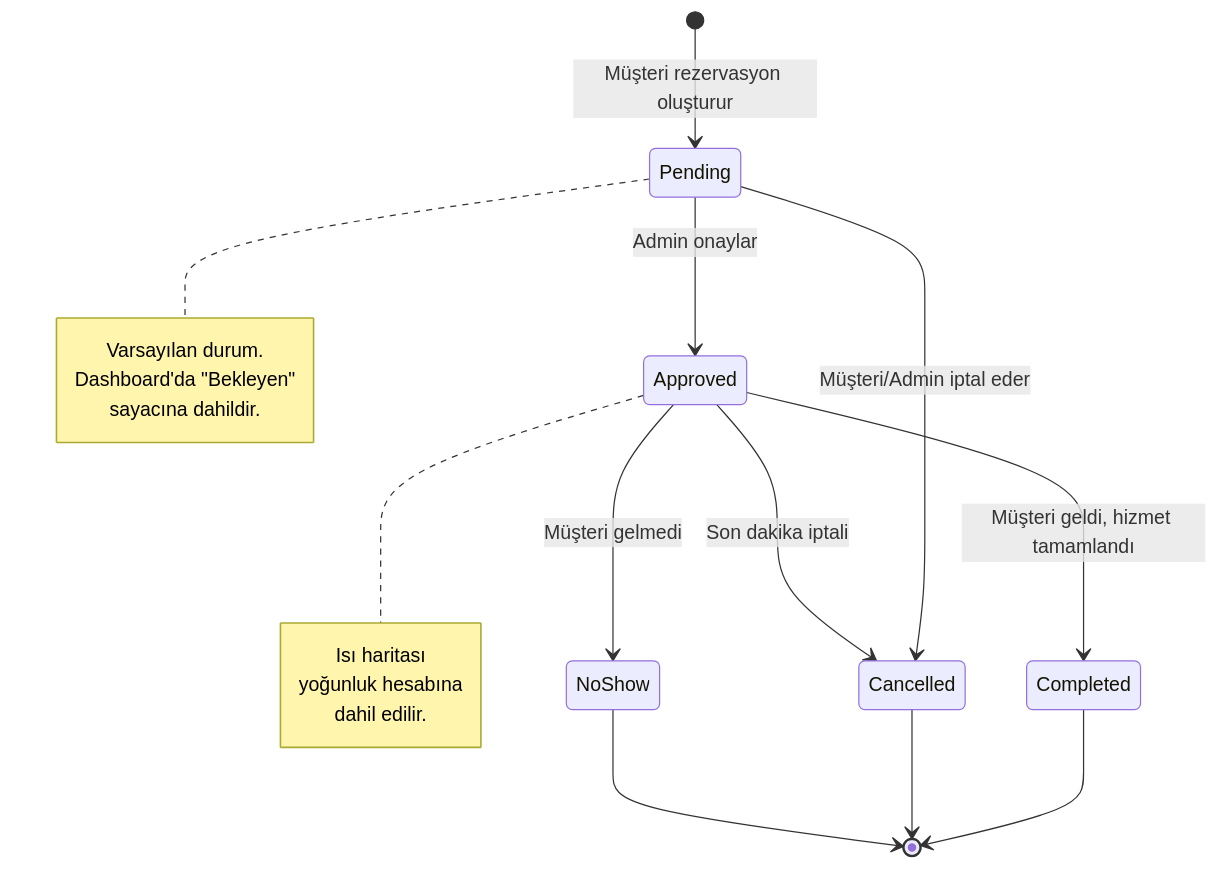
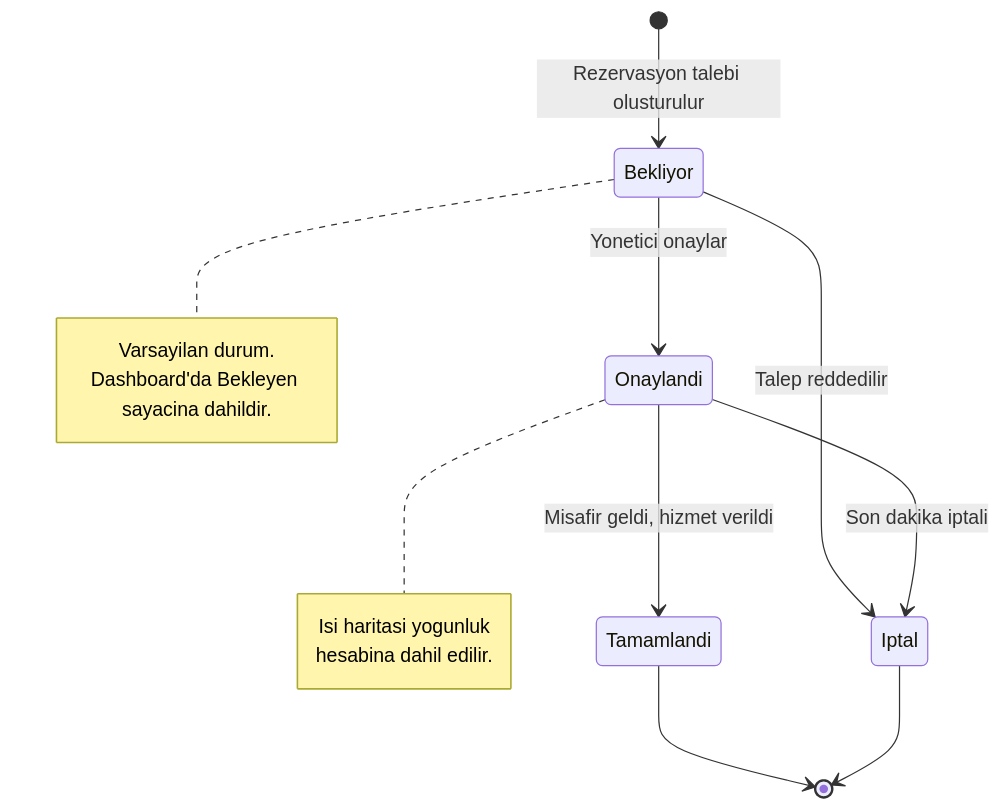
One commit to yelda-batti0/DinaRestaurant-PostgreSQL changed the ninth of 10 diagrams in README.md. Above: the diagram before and after it, drawn with Mermaid. The commit also changed other lines of this file, not shown here.

````diff
--- a/README.md
+++ b/README.md
@@ -701,27 +636,23 @@
 ```mermaid
 stateDiagram-v2
-    [*] --> Pending : Müşteri rezervasyon oluşturur
+    [*] --> Bekliyor : Rezervasyon talebi olusturulur
 
-    Pending --> Approved : Admin onaylar
-    Pending --> Cancelled : Müşteri/Admin iptal eder
+    Bekliyor --> Onaylandi : Yonetici onaylar
+    Bekliyor --> Iptal : Talep reddedilir
 
-    Approved --> Completed : Müşteri geldi, hizmet tamamlandı
-    Approved --> NoShow : Müşteri gelmedi
-    Approved --> Cancelled : Son dakika iptali
+    Onaylandi --> Tamamlandi : Misafir geldi, hizmet verildi
+    Onaylandi --> Iptal : Son dakika iptali
 
-    Completed --> [*]
-    Cancelled --> [*]
-    NoShow --> [*]
+    Tamamlandi --> [*]
+    Iptal --> [*]
 
-    note right of Pending
-        Varsayılan durum.
-        Dashboard'da "Bekleyen"
-        sayacına dahildir.
+    note right of Bekliyor
+        Varsayilan durum.
+        Dashboard'da Bekleyen sayacina dahildir.
     end note
 
-    note right of Approved
-        Isı haritası
-        yoğunluk hesabına
-        dahil edilir.
+    note right of Onaylandi
+        Isi haritasi yogunluk
+        hesabina dahil edilir.
     end note
 ```
````
